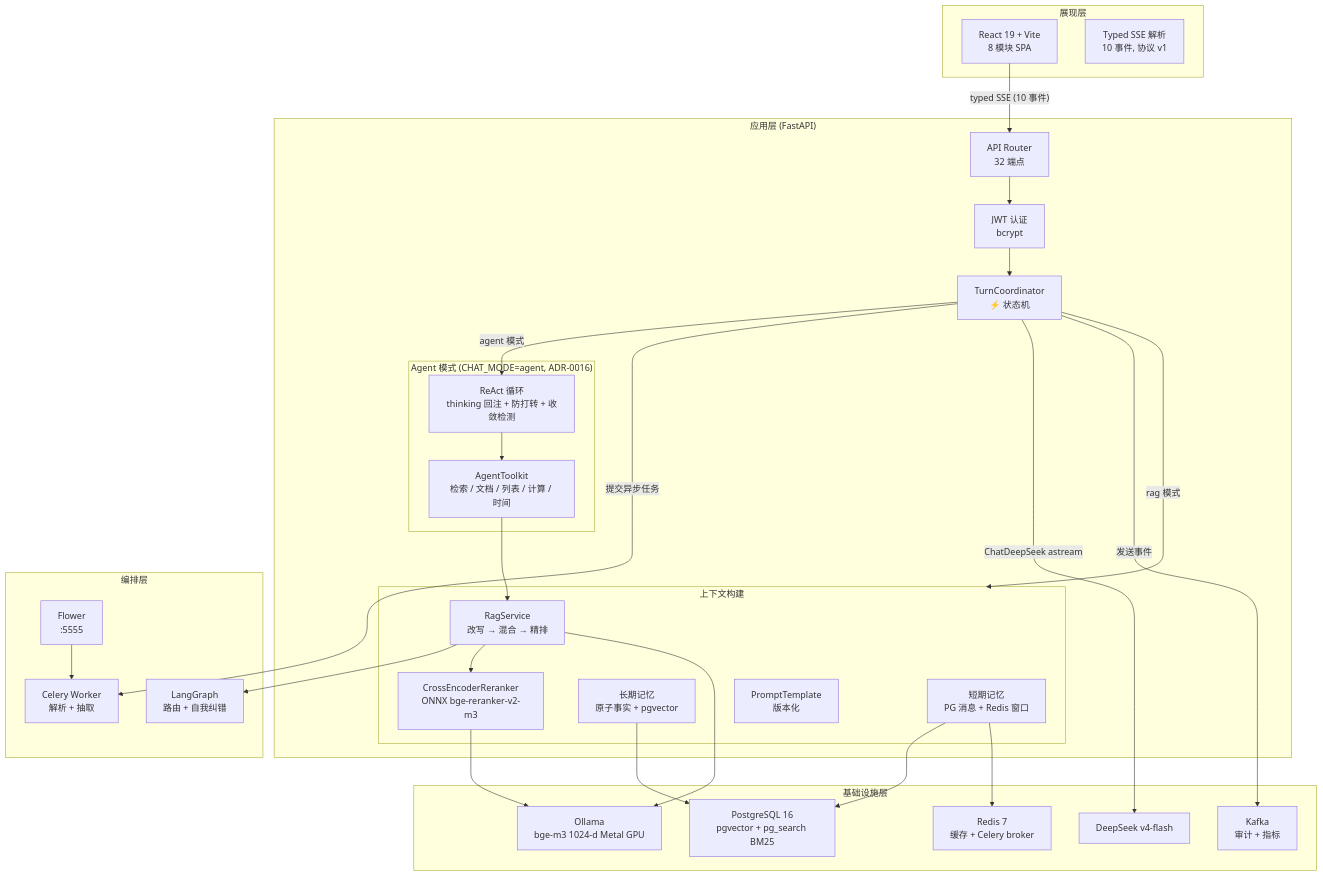
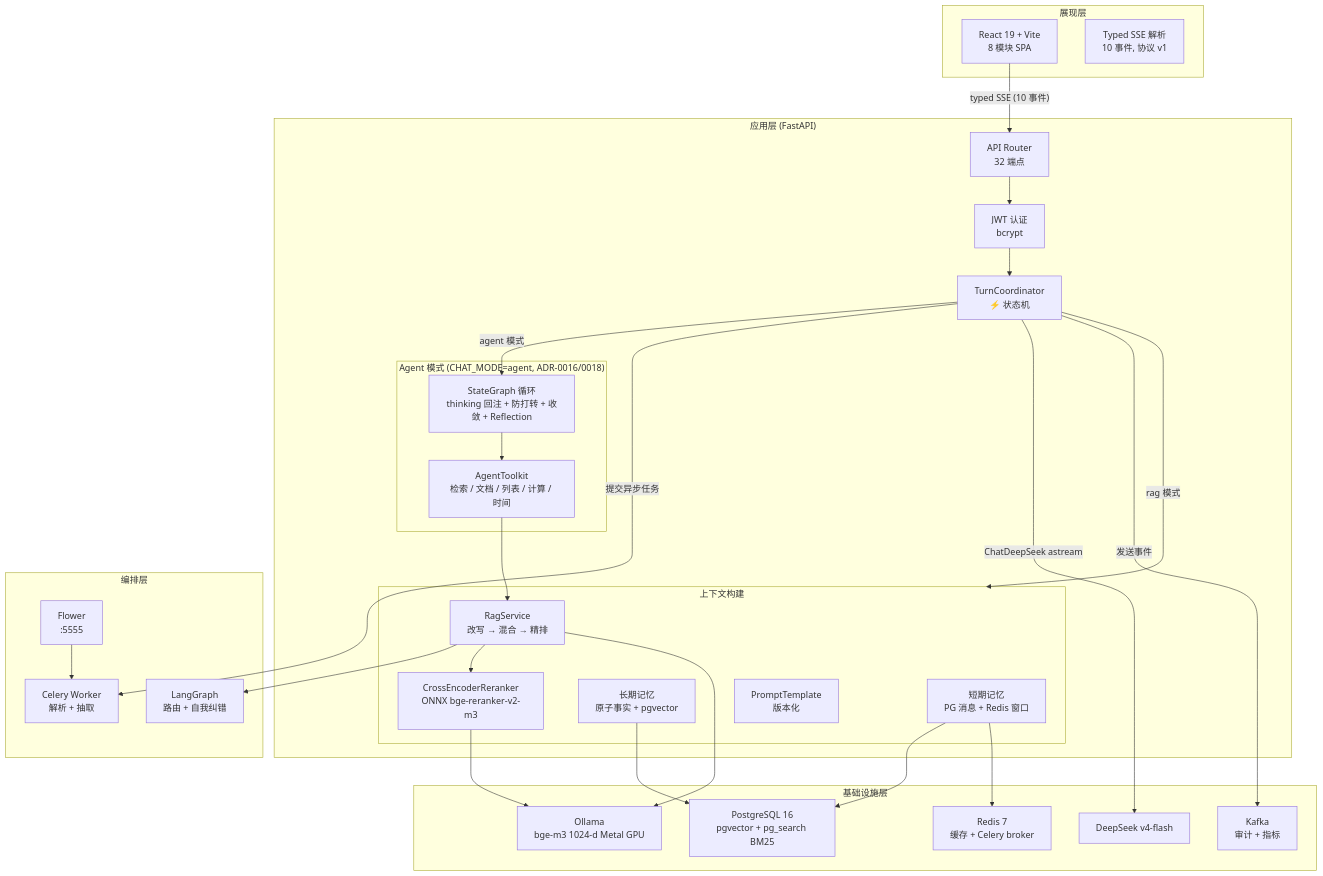
Before and after one commit to KevinDeng-0411/CodeAware: the first of 5 diagrams in README.zh-CN.md, drawn with Mermaid. The commit also changed other lines of this file and 1 other file, not shown here.

First line of the commit message:
docs: README 中英更新到 LangGraph StateGraph 编排 + Reflection

````diff
--- a/README.zh-CN.md
+++ b/README.zh-CN.md
@@ -140,59 +140,59 @@
 ```mermaid
 graph TB
     subgraph Presentation["展现层"]
         React["React 19 + Vite<br/>8 模块 SPA"]
         SSE["Typed SSE 解析<br/>10 事件, 协议 v1"]
     end
 
     subgraph Application["应用层 (FastAPI)"]
         Router["API Router<br/>32 端点"]
         Auth["JWT 认证<br/>bcrypt"]
         TC["TurnCoordinator<br/>⚡ 状态机"]
 
         subgraph Context["上下文构建"]
             STM["短期记忆<br/>PG 消息 + Redis 窗口"]
             LTM["长期记忆<br/>原子事实 + pgvector"]
             RAG["RagService<br/>改写 → 混合 → 精排"]
             RR["CrossEncoderReranker<br/>ONNX bge-reranker-v2-m3"]
             PT["PromptTemplate<br/>版本化"]
         end
 
-        subgraph Agent["Agent 模式 (CHAT_MODE=agent, ADR-0016)"]
-            RL["ReAct 循环<br/>thinking 回注 + 防打转 + 收敛检测"]
+        subgraph Agent["Agent 模式 (CHAT_MODE=agent, ADR-0016/0018)"]
+            RL["StateGraph 循环<br/>thinking 回注 + 防打转 + 收敛 + Reflection"]
             AT["AgentToolkit<br/>检索 / 文档 / 列表 / 计算 / 时间"]
         end
     end
 
     subgraph Orchestration["编排层"]
         LG["LangGraph<br/>路由 + 自我纠错"]
         Celery["Celery Worker<br/>解析 + 抽取"]
         Flower["Flower<br/>:5555"]
     end
 
     subgraph Infrastructure["基础设施层"]
         PG["PostgreSQL 16<br/>pgvector + pg_search BM25"]
         Redis["Redis 7<br/>缓存 + Celery broker"]
         Kafka["Kafka<br/>审计 + 指标"]
         Ollama["Ollama<br/>bge-m3 1024-d Metal GPU"]
         DS["DeepSeek v4-flash"]
     end
 
     React -->|"typed SSE (10 事件)"| Router
     Router --> Auth
     Auth --> TC
     TC -->|"rag 模式"| Context
     TC -->|"agent 模式"| RL
     RL --> AT
     AT --> RAG
     RAG --> LG
     RAG --> RR
     TC -->|"提交异步任务"| Celery
     Flower --> Celery
     STM --> PG
     STM --> Redis
     LTM --> PG
     RR --> Ollama
     RAG --> Ollama
     TC -->|"ChatDeepSeek astream"| DS
     TC -->|"发送事件"| Kafka
 ```
````
